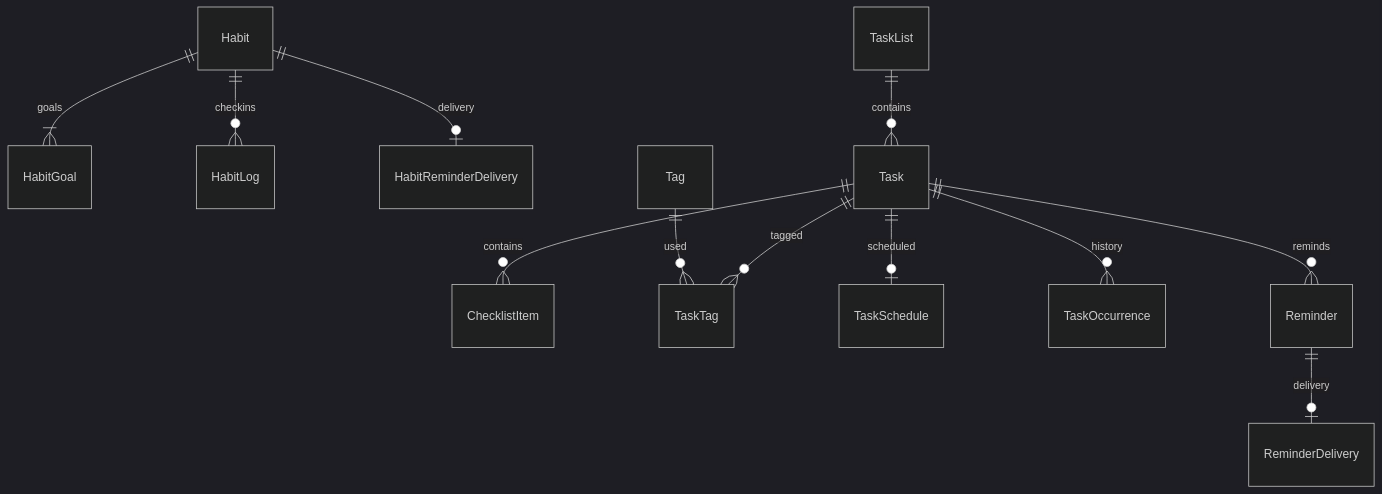
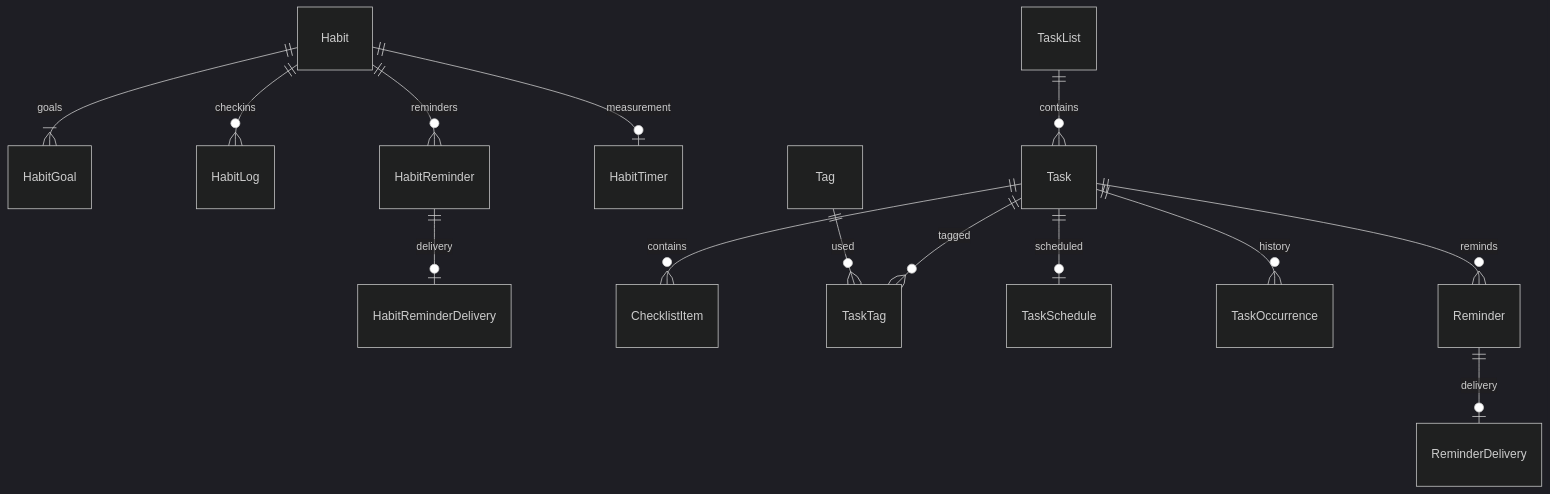
The second of 2 diagrams in docs/technical-design.md (bossxor/tool_ScheduleMng), drawn with Mermaid (dark theme) before and after one commit. The commit also changed other lines of this file and 3 other files, not shown here.

Commit message:
docs: add habit timers and combined reminder design

````diff
--- a/docs/technical-design.md
+++ b/docs/technical-design.md
@@ -76,14 +80,16 @@
 ```mermaid
 erDiagram
     Habit ||--|{ HabitGoal : goals
     Habit ||--o{ HabitLog : checkins
-    Habit ||--o| HabitReminderDelivery : delivery
+    Habit ||--o{ HabitReminder : reminders
+    HabitReminder ||--o| HabitReminderDelivery : delivery
+    Habit ||--o| HabitTimer : measurement
     TaskList ||--o{ Task : contains
     Task ||--o{ ChecklistItem : contains
     Task ||--o{ TaskTag : tagged
     Tag ||--o{ TaskTag : used
     Task ||--o| TaskSchedule : scheduled
     Task ||--o{ TaskOccurrence : history
     Task ||--o{ Reminder : reminds
     Reminder ||--o| ReminderDelivery : delivery
 ```
````
